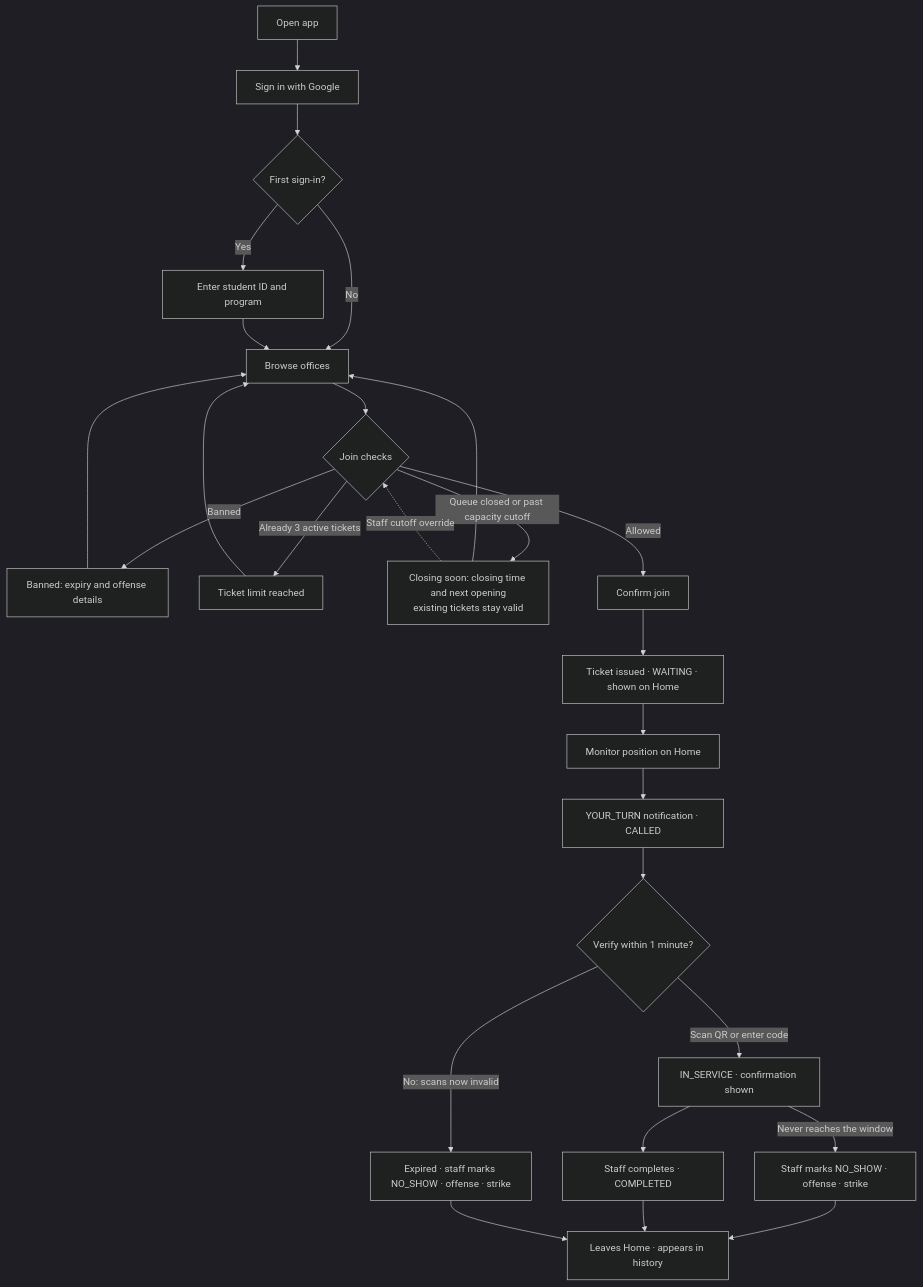
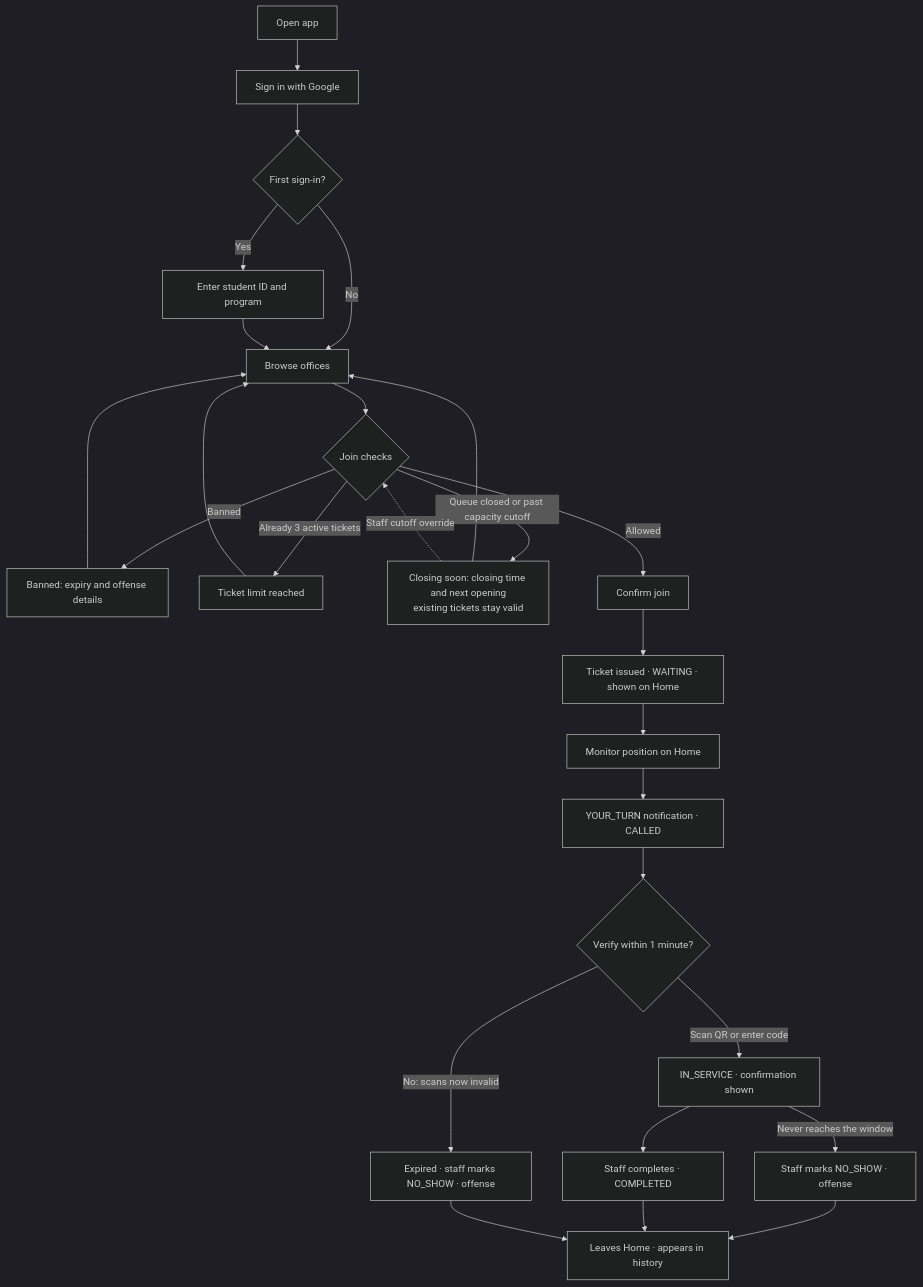
The second of 4 diagrams in KnowledgeBase/QAMPUS_PRD.md (Az-Zav/QAMPUS), drawn with Mermaid (dark theme) before and after one commit. The commit also changed other lines of this file, not shown here.

````diff
--- a/KnowledgeBase/QAMPUS_PRD.md
+++ b/KnowledgeBase/QAMPUS_PRD.md
@@ -193,28 +193,28 @@
 ```mermaid
 flowchart TD
     A[Open app] --> B[Sign in with Google]
     B --> B2{First sign-in?}
     B2 -->|Yes| B3[Enter student ID and program]
     B2 -->|No| C[Browse offices]
     B3 --> C
     C --> D{Join checks}
     D -->|Banned| E1[Banned: expiry and offense details]
     D -->|Already 3 active tickets| E2[Ticket limit reached]
     D -->|Queue closed or past capacity cutoff| E3[Closing soon: closing time and next opening<br/>existing tickets stay valid]
     E1 --> C
     E2 --> C
     E3 --> C
     E3 -.->|Staff cutoff override| D
     D -->|Allowed| F[Confirm join]
     F --> G[Ticket issued · WAITING · shown on Home]
     G --> H[Monitor position on Home]
     H --> I[YOUR_TURN notification · CALLED]
     I --> J{Verify within 1 minute?}
     J -->|Scan QR or enter code| K[IN_SERVICE · confirmation shown]
-    J -->|No: scans now invalid| L[Expired · staff marks NO_SHOW · offense · strike]
+    J -->|No: scans now invalid| L[Expired · staff marks NO_SHOW · offense]
     K --> M[Staff completes · COMPLETED]
-    K -->|Never reaches the window| L2[Staff marks NO_SHOW · offense · strike]
+    K -->|Never reaches the window| L2[Staff marks NO_SHOW · offense]
     L2 --> N
     M --> N[Leaves Home · appears in history]
     L --> N
 ```
````
